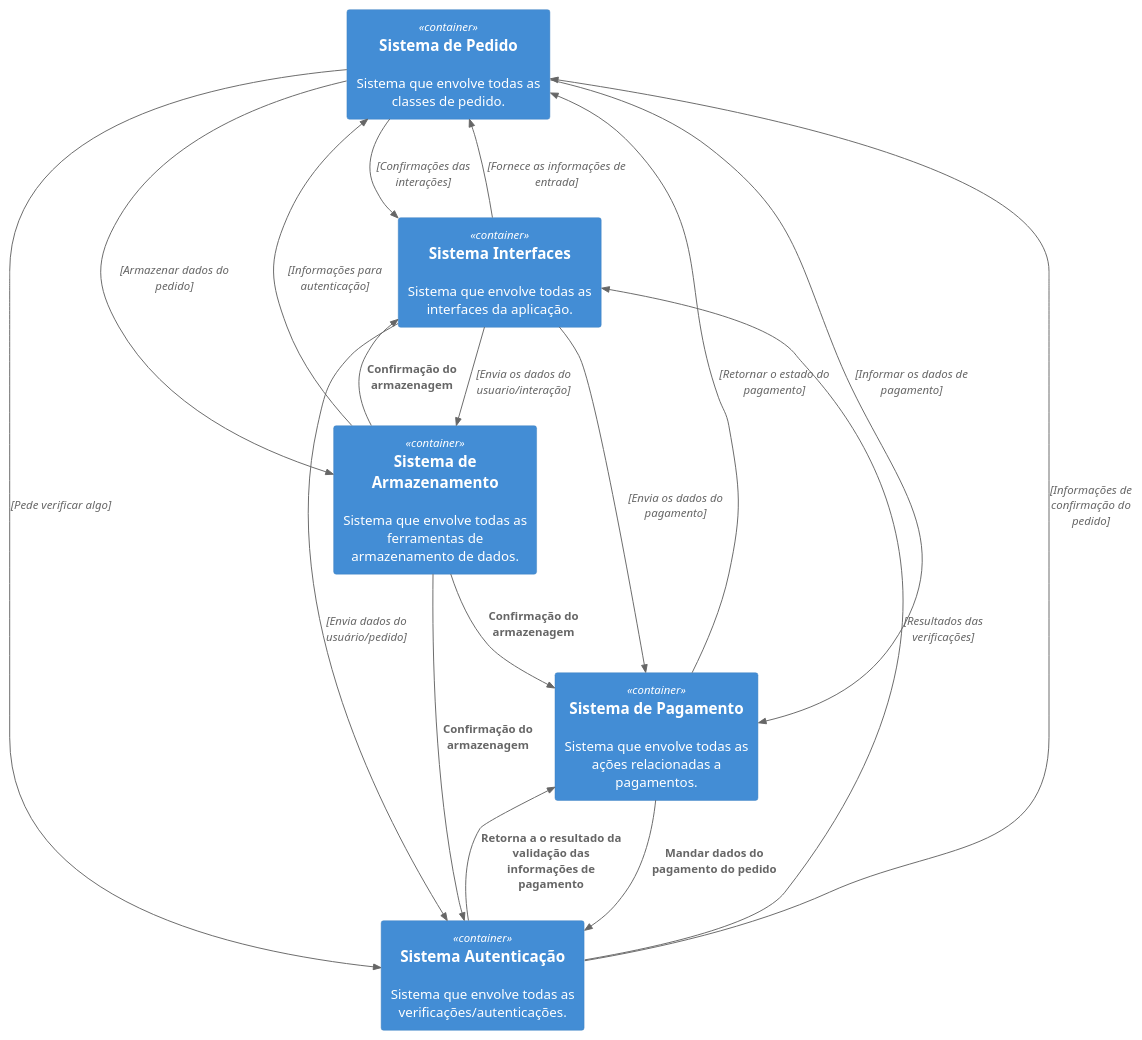
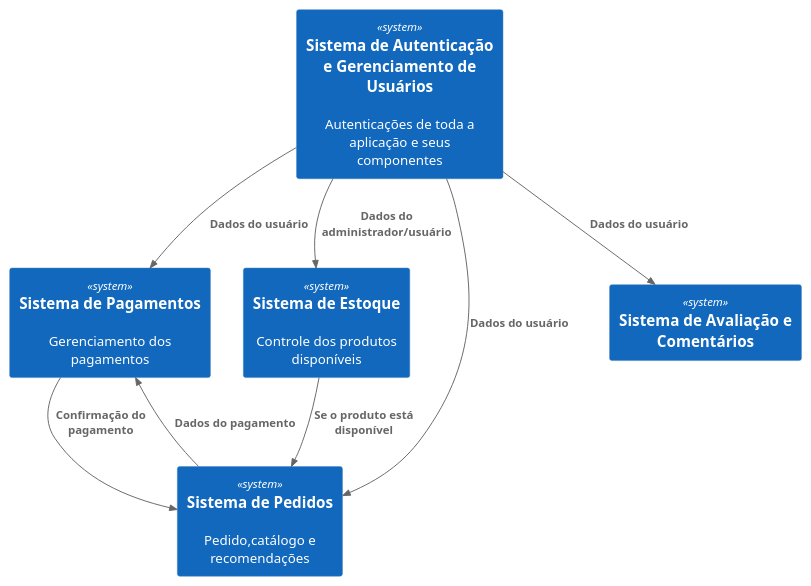
The diagram in Diagrama_Contexto_Systema.plantuml (GustavoST868/C4_Plantuml), drawn with PlantUML before and after one commit.

```diff
--- a/Diagrama_Contexto_Systema.plantuml
+++ b/Diagrama_Contexto_Systema.plantuml
@@ -1,38 +1,23 @@
 @startuml C4_Elements
 !include https://raw.githubusercontent.com/plantuml-stdlib/C4-PlantUML/master/C4_Container.puml
 
-Container(sistema_pedido, "Sistema de Pedido", "", "Sistema que envolve todas as classes de pedido.")
-Container(sistema_interface, "Sistema Interfaces", "", "Sistema que envolve todas as interfaces da aplicação.")
-Container(sistema_armazenagem, "Sistema de Armazenamento", "", "Sistema que envolve todas as ferramentas de armazenamento de dados.")
-Container(sistema_autenticacao, "Sistema Autenticação", "", "Sistema que envolve todas as verificações/autenticações.")
-Container(sistema_pagamento, "Sistema de Pagamento", "", "Sistema que envolve todas as ações relacionadas a pagamentos.")
+
+System(autenticacao_gerenciamento, "Sistema de Autenticação e Gerenciamento de Usuários", "Autenticações de toda a aplicação e seus componentes", "")
+System(pagamentos, "Sistema de Pagamentos", "Gerenciamento dos pagamentos", "")
+System(estoque, "Sistema de Estoque", "Controle dos produtos disponíveis", "")
+System(pedidos, "Sistema de Pedidos", "Pedido,catálogo e recomendações", "")
+System(avaliacao_comentarios, "Sistema de Avaliação e Comentários", "", "")
 
 
-Rel(sistema_interface,sistema_pedido,"","Fornece as informações de entrada")
-Rel(sistema_interface,sistema_armazenagem,"","Envia os dados do usuario/interação")
-Rel(sistema_interface,sistema_autenticacao,"","Envia dados do usuário/pedido")
-Rel(sistema_interface,sistema_pagamento,"","Envia os dados do pagamento")
-Rel(sistema_pedido,sistema_interface,"","Confirmações das interações")
-Rel(sistema_autenticacao,sistema_interface,"","Resultados das verificações")
+Rel(autenticacao_gerenciamento,pedidos,"Dados do usuário","")
+Rel(autenticacao_gerenciamento,pagamentos,"Dados do usuário","")
+Rel(autenticacao_gerenciamento,avaliacao_comentarios,"Dados do usuário","")
+Rel(autenticacao_gerenciamento,estoque,"Dados do administrador/usuário","")
 
+Rel(pedidos,pagamentos,"Dados do pagamento","")
+Rel(pagamentos,pedidos,"Confirmação do pagamento","")
 
-Rel(sistema_armazenagem,sistema_interface,"Confirmação do armazenagem","")
-Rel(sistema_armazenagem,sistema_autenticacao,"Confirmação do armazenagem","")
-Rel(sistema_armazenagem,sistema_pagamento,"Confirmação do armazenagem","")
-
-
-Rel(sistema_autenticacao,sistema_pagamento,"Retorna a o resultado da validação das informações de pagamento","")
-
-
-Rel(sistema_pagamento,sistema_autenticacao,"Mandar dados do pagamento do pedido","")
-
-
-Rel(sistema_pedido,sistema_armazenagem,"","Armazenar dados do pedido")
-Rel(sistema_pedido,sistema_autenticacao,"","Pede verificar algo")
-Rel(sistema_pedido,sistema_pagamento,"","Informar os dados de pagamento")
-Rel(sistema_armazenagem,sistema_pedido,"","Informações para autenticação")
-Rel(sistema_autenticacao,sistema_pedido,"","Informações de confirmação do pedido")
-Rel(sistema_pagamento,sistema_pedido,"","Retornar o estado do pagamento")
+Rel(estoque,pedidos,"Se o produto está disponível","")
 
 
 @enduml
```
